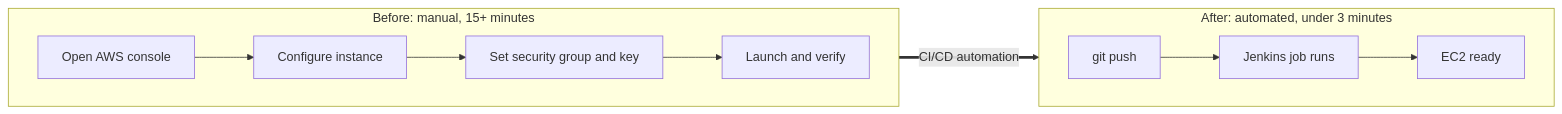
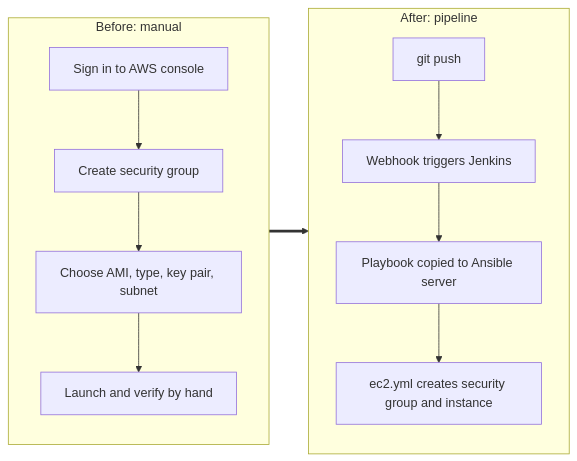
One commit to PushpenderKumar7505/PushpenderKumar7505 changed the ninth of 9 diagrams in README.md. Above: the diagram before and after it, drawn with Mermaid. The commit also changed other lines of this file, not shown here.

````diff
--- a/README.md
+++ b/README.md
@@ -188,12 +387,12 @@
 ```mermaid
 flowchart LR
-    subgraph BEFORE["Before: manual, 15+ minutes"]
-        direction LR
-        M1["Open AWS console"] --> M2["Configure instance"] --> M3["Set security group and key"] --> M4["Launch and verify"]
+    subgraph BEFORE["Before: manual"]
+        direction TB
+        M1["Sign in to AWS console"] --> M2["Create security group"] --> M3["Choose AMI, type, key pair, subnet"] --> M4["Launch and verify by hand"]
     end
-    subgraph AFTER["After: automated, under 3 minutes"]
-        direction LR
-        A1["git push"] --> A2["Jenkins job runs"] --> A3["EC2 ready"]
+    subgraph AFTER["After: pipeline"]
+        direction TB
+        A1["git push"] --> A2["Webhook triggers Jenkins"] --> A3["Playbook copied to Ansible server"] --> A4["ec2.yml creates security group and instance"]
     end
-    BEFORE ==>|"CI/CD automation"| AFTER
+    BEFORE ==> AFTER
 ```
````
